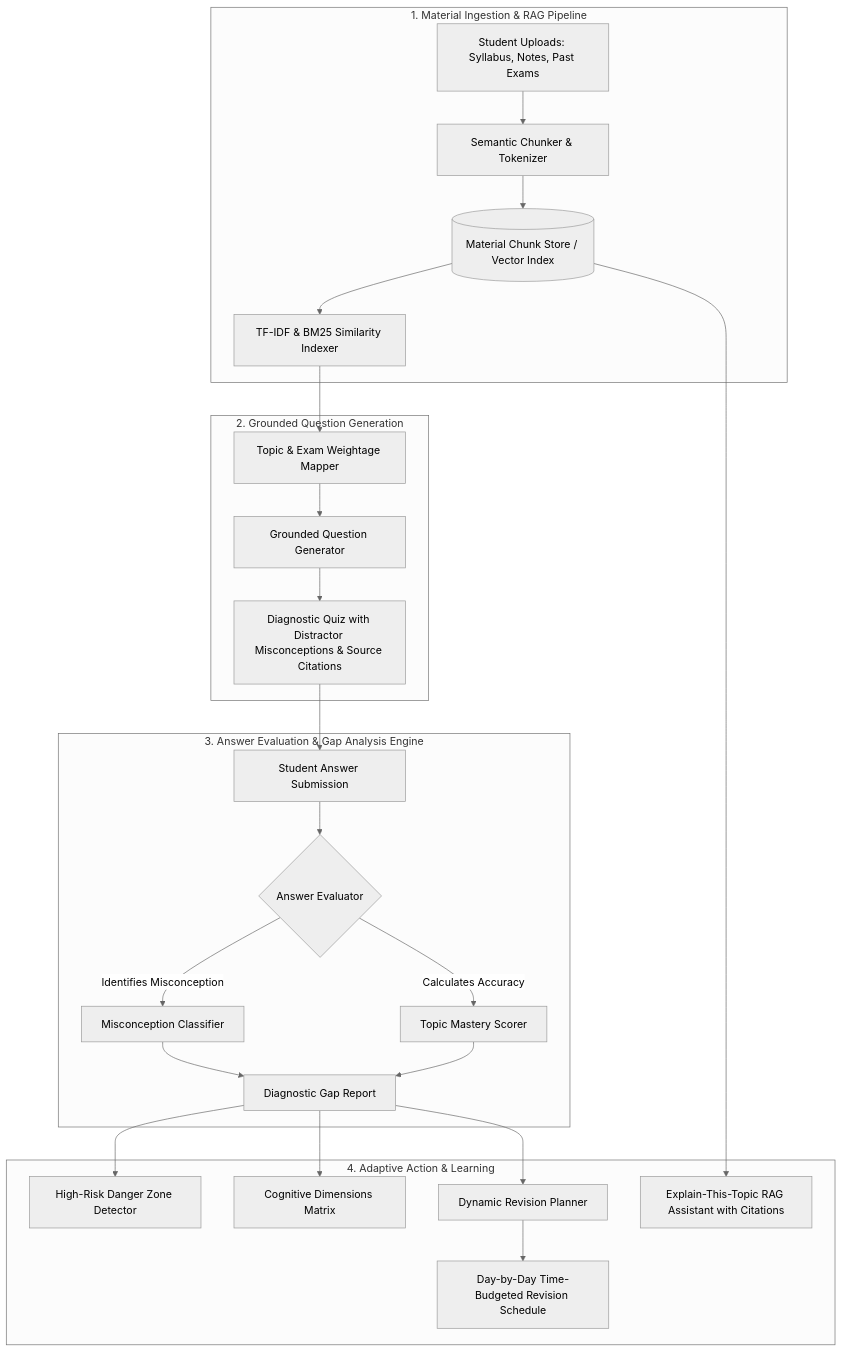
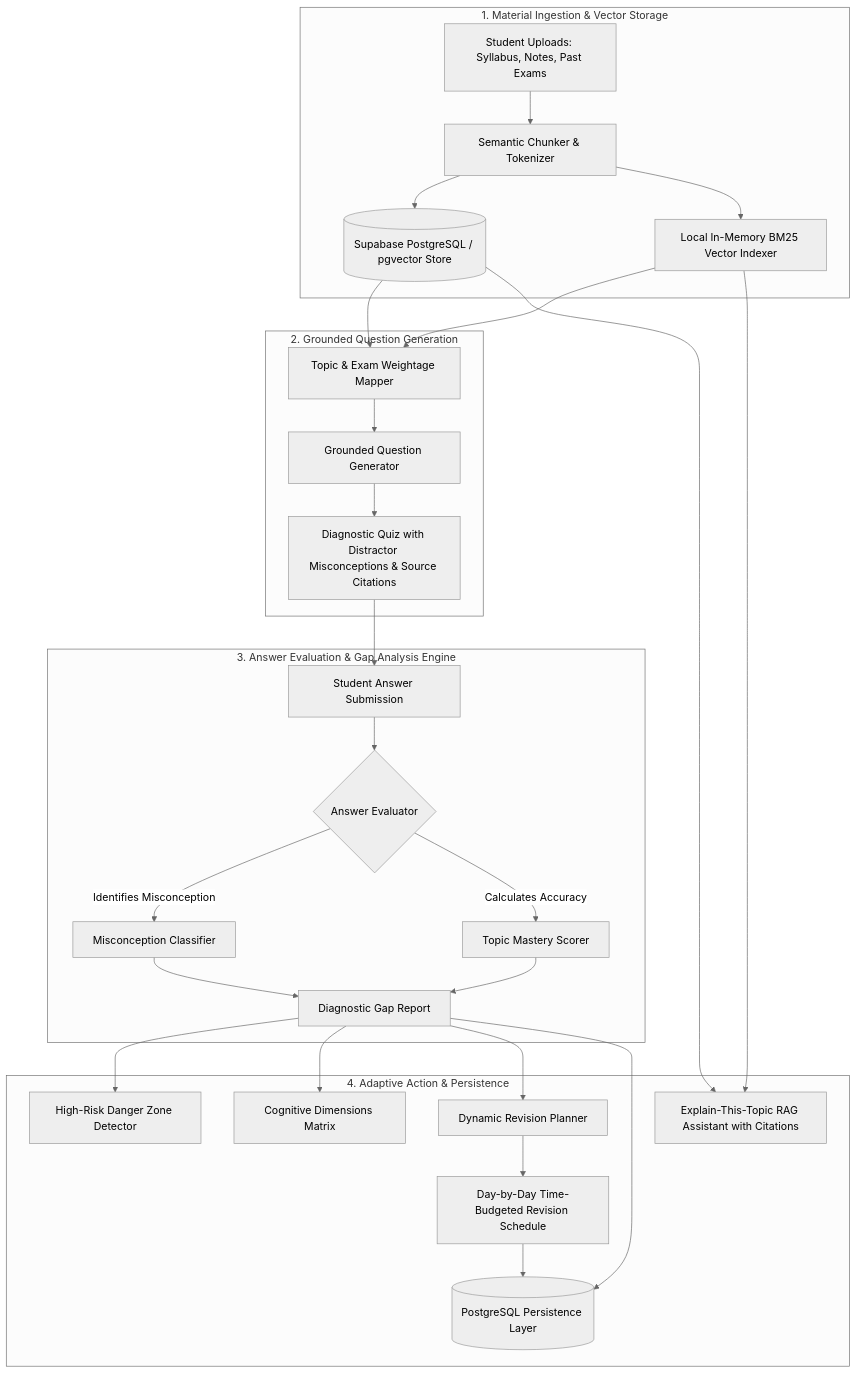
The first of 2 diagrams in README.md (abhilash-210/StudentGap-AI), drawn with Mermaid (neutral theme) before and after one commit. The commit also changed other lines of this file, not shown here.

Commit message:
docs: update comprehensive README with architecture, database setup, and StudentGap AI specifications

````diff
--- a/README.md
+++ b/README.md
@@ -33,30 +40,31 @@
 ```mermaid
 flowchart TD
-    subgraph Ingestion["1. Material Ingestion & RAG Pipeline"]
+    subgraph Ingestion["1. Material Ingestion & Vector Storage"]
         A[Student Uploads: Syllabus, Notes, Past Exams] --> B[Semantic Chunker & Tokenizer]
-        B --> C[(Material Chunk Store / Vector Index)]
-        C --> D[TF-IDF & BM25 Similarity Indexer]
+        B --> C[(Supabase PostgreSQL / pgvector Store)]
+        B --> D[Local In-Memory BM25 Vector Indexer]
     end
 
     subgraph Generation["2. Grounded Question Generation"]
-        D --> E[Topic & Exam Weightage Mapper]
+        C & D --> E[Topic & Exam Weightage Mapper]
         E --> F[Grounded Question Generator]
         F --> G[Diagnostic Quiz with Distractor Misconceptions & Source Citations]
     end
 
     subgraph Evaluation["3. Answer Evaluation & Gap Analysis Engine"]
         G --> H[Student Answer Submission]
         H --> I{Answer Evaluator}
         I -->|Identifies Misconception| J[Misconception Classifier]
         I -->|Calculates Accuracy| K[Topic Mastery Scorer]
         J & K --> L[Diagnostic Gap Report]
     end
 
-    subgraph Action["4. Adaptive Action & Learning"]
+    subgraph Action["4. Adaptive Action & Persistence"]
         L --> M[High-Risk Danger Zone Detector]
         L --> N[Cognitive Dimensions Matrix]
         L --> O[Dynamic Revision Planner]
         O --> P[Day-by-Day Time-Budgeted Revision Schedule]
-        C --> Q[Explain-This-Topic RAG Assistant with Citations]
+        C & D --> Q[Explain-This-Topic RAG Assistant with Citations]
+        L & P --> R[(PostgreSQL Persistence Layer)]
     end
 ```
````
